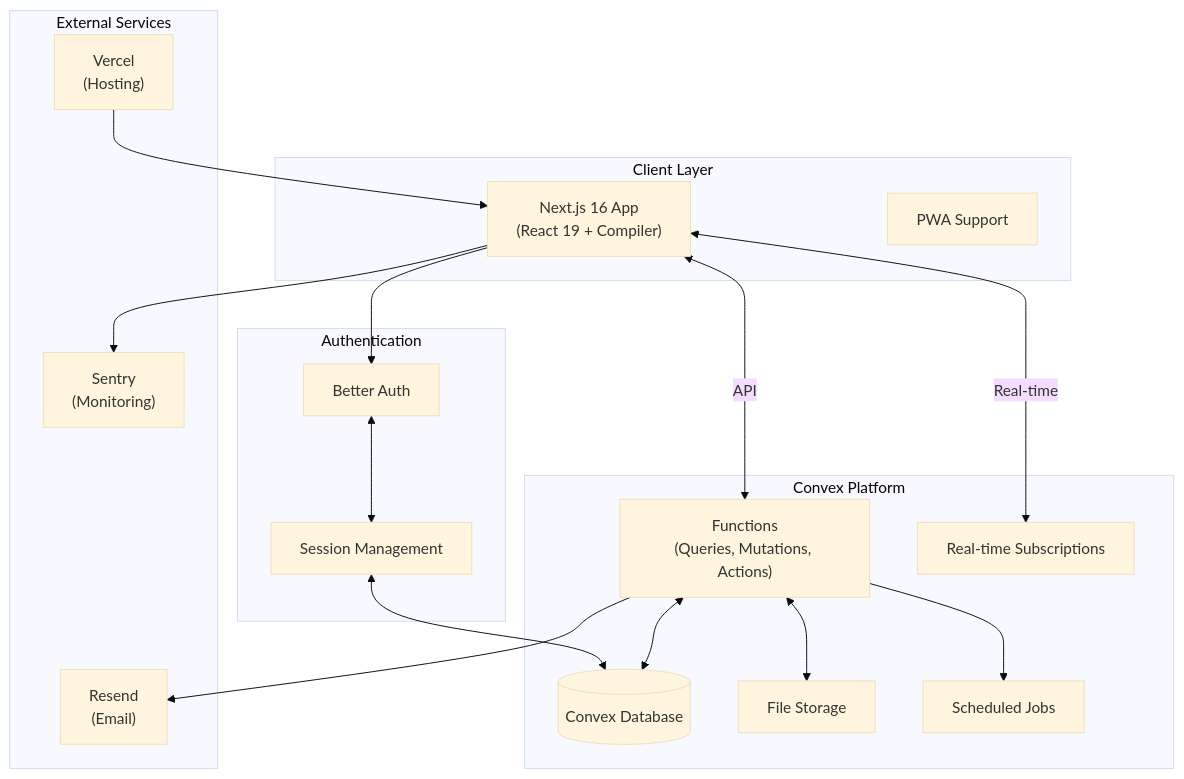
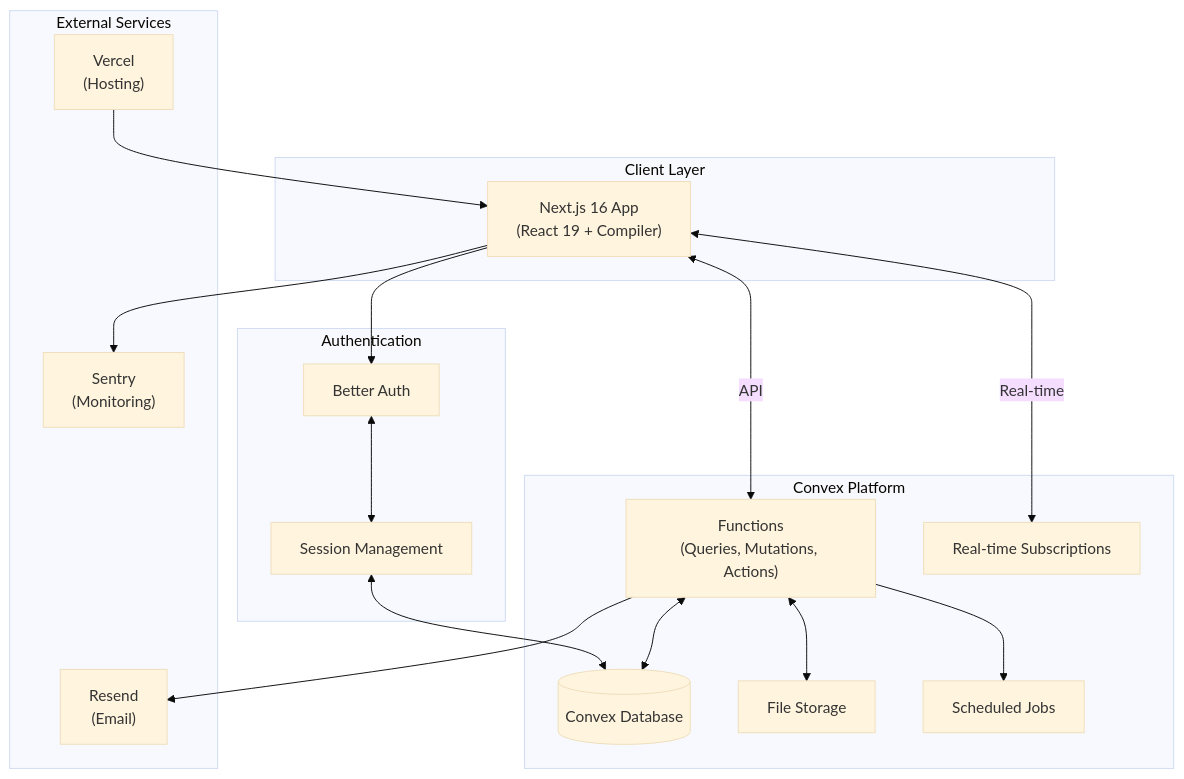
Before and after one commit to UnderprotectionDev/salon-management-saas: the first of 10 diagrams in docs/prd/04-technical/architecture.md, drawn with Mermaid (base theme). The commit also changed other lines of this file and 57 other files, not shown here.

````diff
--- a/docs/prd/04-technical/architecture.md
+++ b/docs/prd/04-technical/architecture.md
@@ -14,38 +14,37 @@
 ```mermaid
 flowchart TB
     subgraph Client["Client Layer"]
         NextJS["Next.js 16 App<br/>(React 19 + Compiler)"]
-        PWA["PWA Support"]
     end
 
     subgraph Convex["Convex Platform"]
         Functions["Functions<br/>(Queries, Mutations, Actions)"]
         Database[(Convex Database)]
         Realtime["Real-time Subscriptions"]
         Storage["File Storage"]
         Scheduler["Scheduled Jobs"]
     end
 
     subgraph Auth["Authentication"]
         BetterAuth["Better Auth"]
         Sessions["Session Management"]
     end
 
     subgraph External["External Services"]
         Resend["Resend<br/>(Email)"]
         Sentry["Sentry<br/>(Monitoring)"]
         Vercel["Vercel<br/>(Hosting)"]
     end
 
     NextJS <-->|Real-time| Realtime
     NextJS <-->|API| Functions
     Functions <--> Database
     Functions <--> Storage
     Functions --> Scheduler
     Functions --> Resend
     NextJS --> BetterAuth
     BetterAuth <--> Sessions
     Sessions <--> Database
     NextJS --> Sentry
     Vercel --> NextJS
 ```
````
